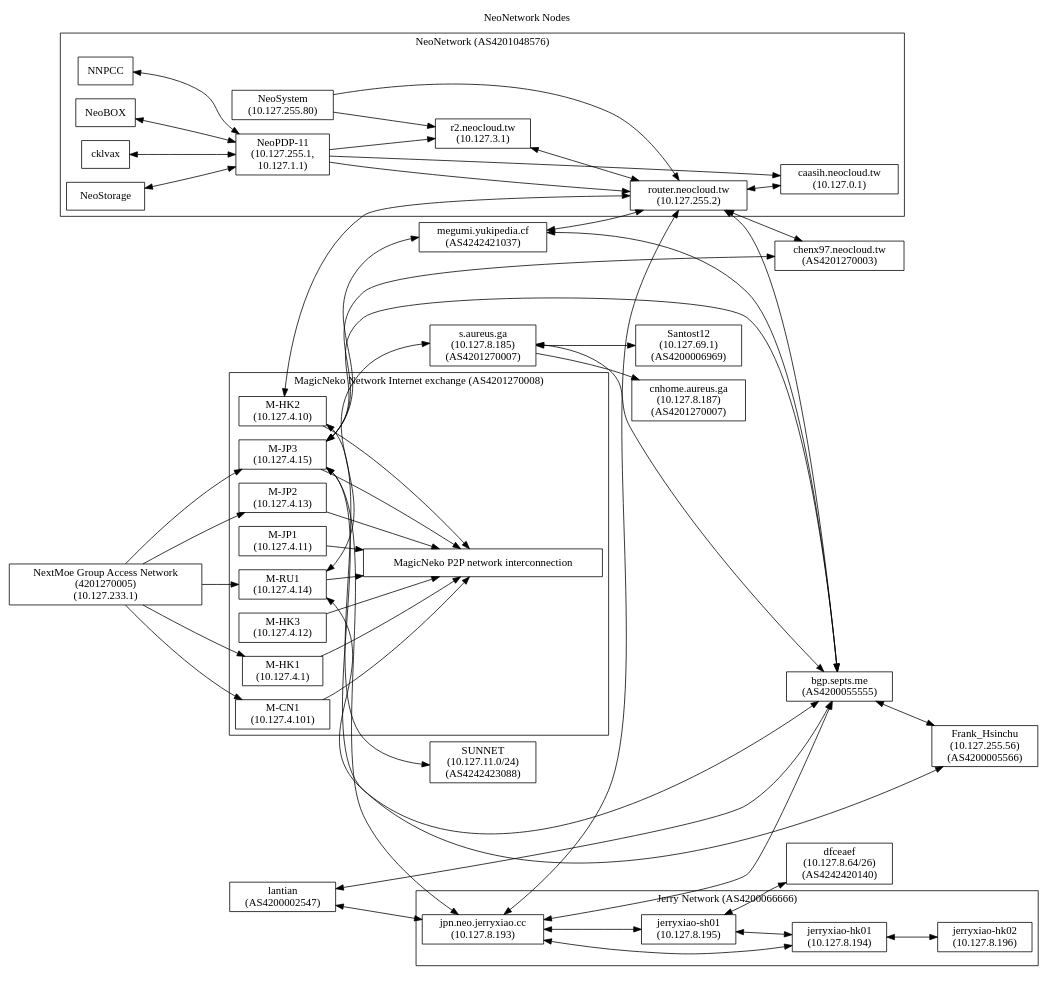
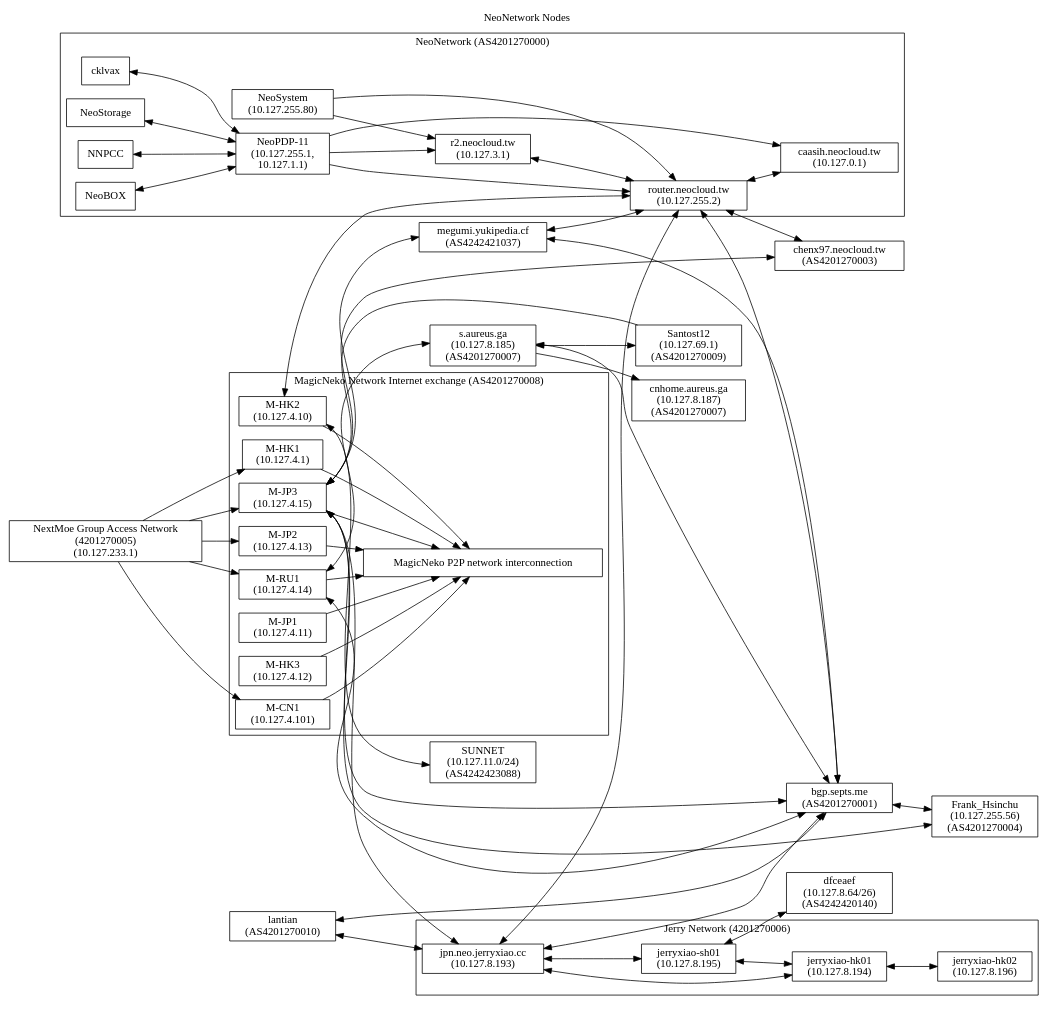
Before and after one commit to NeoCloud/NeoNetwork: the diagram in nodes.dot, drawn with Graphviz. The commit also changed 1 other file, not shown here.

Commit message:
Update all chart AS information, peer information, you guys do n’t update, only me update, I want to vomit blood by nextmoe-chenxingling(MagicNeko/PTR-Admin)

```diff
--- a/nodes.dot
+++ b/nodes.dot
@@ -1,105 +1,106 @@
 digraph "NeoNetwork Nodes"
 {
 	label="NeoNetwork Nodes";
 	labelloc="t";
 	rankdir=LR;
 	node [shape=box]
 	c [label="caasih.neocloud.tw\n(10.127.0.1)"]
 	ucbvax [label="router.neocloud.tw\n(10.127.255.2)"]
 	np11 [label="NeoPDP-11\n(10.127.255.1,\n10.127.1.1)"]
 	ns [label="NeoSystem\n(10.127.255.80)"]
 	megumiLHS [label="megumi.yukipedia.cf\n(AS4242421037)"]
 	pan [label="r2.neocloud.tw\n(10.127.3.1)"]
 	icecat_Explosion [label="MagicNeko P2P network interconnection"]
 	icecat_Notebook [label="NextMoe Group Access Network\n(4201270005)\n(10.127.233.1)"]
 	magicneko_HK01 [label="M-HK1\n(10.127.4.1)"]
 	magicneko_HK02 [label="M-HK2\n(10.127.4.10)"]
 	magicneko_JP01 [label="M-JP1\n(10.127.4.11)"]
 	magicneko_HK03 [label="M-HK3\n(10.127.4.12)"]
 	magicneko_JP02 [label="M-JP2\n(10.127.4.13)"]
 	magicneko_RU01 [label="M-RU1\n(10.127.4.14)"]
 	magicneko_JP03 [label="M-JP3\n(10.127.4.15)"]
 	magicneko_CN01 [label="M-CN1\n(10.127.4.101)"]
 	staph [label="s.aureus.ga\n(10.127.8.185)\n(AS4201270007)"]
 	staph_CN [label="cnhome.aureus.ga\n(10.127.8.187)\n(AS4201270007)"]
 	chenx97 [label="chenx97.neocloud.tw\n(AS4201270003)"]
 	JerryXiao [label="jpn.neo.jerryxiao.cc\n(10.127.8.193)"]
 	JerryXiao_SH01 [label="jerryxiao-sh01\n(10.127.8.195)"]
 	JerryXiao_HK01 [label="jerryxiao-hk01\n(10.127.8.194)"]
 	JerryXiao_HK02 [label="jerryxiao-hk02\n(10.127.8.196)"]
-	septs [label="bgp.septs.me\n(AS4200055555)"]
-	lantian [label="lantian\n(AS4200002547)"]
+	septs [label="bgp.septs.me\n(AS4201270001)"]
+	lantian [label="lantian\n(AS4201270010)"]
 	dfceaef [label="dfceaef\n(10.127.8.64/26)\n(AS4242420140)"]
 	SUNNET [label="SUNNET\n(10.127.11.0/24)\n(AS4242423088)"]
-	santost12 [label="Santost12\n(10.127.69.1)\n(AS4200006969)"]
-	frank_hsinchu [label="Frank_Hsinchu\n(10.127.255.56)\n(AS4200005566)"]
-	subgraph cluster_AS4201048576
+	santost12 [label="Santost12\n(10.127.69.1)\n(AS4201270009)"]
+	frank_hsinchu [label="Frank_Hsinchu\n(10.127.255.56)\n(AS4201270004)"]
+	subgraph cluster_AS4201270000
 	{
-		label = "NeoNetwork (AS4201048576)";
+		label = "NeoNetwork (AS4201270000)";
 
 		NNPCC -> np11 [dir=both]
 		NeoBOX -> np11 [dir=both]
 		cklvax -> np11 [dir=both]
 		NeoStorage -> np11 [dir=both]
 		np11 -> ucbvax
 		np11 -> pan
 		np11 -> c
 		ucbvax -> c [dir=both]
 		ns -> ucbvax
 		ns -> pan
 		pan -> ucbvax [dir=both]
 	}
 
 	megumiLHS -> ucbvax [dir=both]
 	magicneko_HK02 -> ucbvax [dir=both]
 	staph -> staph_CN
 	ucbvax -> chenx97 [dir=both]
 
 	subgraph cluster_4201270008
 	{
 		label="MagicNeko Network Internet exchange (AS4201270008)";
 
 		magicneko_HK01 -> icecat_Explosion
 		magicneko_HK02 -> icecat_Explosion
 		magicneko_JP01 -> icecat_Explosion
 		magicneko_HK03 -> icecat_Explosion
 		magicneko_JP02 -> icecat_Explosion
 		magicneko_RU01 -> icecat_Explosion
 		magicneko_JP03 -> icecat_Explosion
 		magicneko_CN01 -> icecat_Explosion
 	}
 
-	subgraph cluster_AS4200066666
+	subgraph cluster_4201270006
 	{
-		label="Jerry Network (AS4200066666)";
+		label="Jerry Network (4201270006)";
 
 		JerryXiao -> JerryXiao_SH01 [dir=both]
 		JerryXiao -> JerryXiao_HK01 [dir=both]
 		JerryXiao_SH01 -> JerryXiao_HK01 [dir=both]
 		JerryXiao_HK01 -> JerryXiao_HK02 [dir=both]
 	}
 
 	JerryXiao -> ucbvax [dir=both]
 	JerryXiao -> septs [dir=both]
 	JerryXiao_SH01 -> dfceaef [dir=both]
 	magicneko_JP03 -> JerryXiao [dir=both]
 	lantian -> septs [dir=both]
 	lantian -> JerryXiao [dir=both]
 	magicneko_JP03 -> septs [dir=both]
 	staph -> septs [dir=both]
 	ucbvax -> septs [dir=both]
 	magicneko_JP03 -> chenx97 [dir=both]
 	magicneko_RU01 -> staph [dir=both]
 	megumiLHS -> septs [dir=both]
 	magicneko_HK02 -> SUNNET [dir=both]
 	staph -> santost12 [dir=both]
 	magicneko_RU01 -> septs [dir=both]
 	magicneko_JP03 -> megumiLHS [dir=both]
 	magicneko_JP03 -> frank_hsinchu [dir=both]
 	septs	->	frank_hsinchu	[dir=both]
 	icecat_Notebook -> magicneko_HK01
 	icecat_Notebook -> magicneko_JP03
 	icecat_Notebook -> magicneko_RU01
 	icecat_Notebook -> magicneko_CN01
 	icecat_Notebook -> magicneko_JP02
+	santost12	-> magicneko_JP03
 }
```
